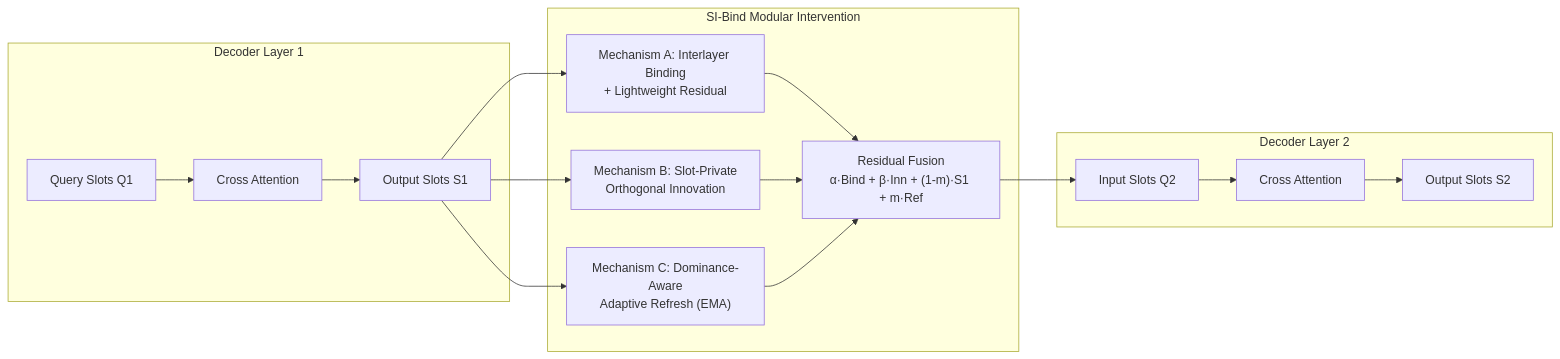
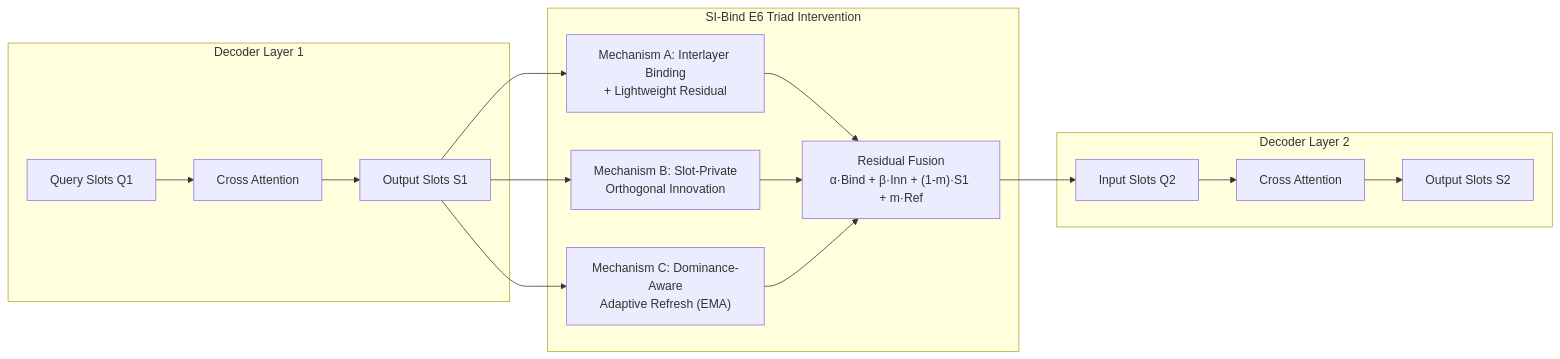
One commit to chinagalaxy2002/Improving-Target-Presence-for-Generalized-Moment-Retrieval changed the diagram in README.md. Above: the diagram before and after it, drawn with Mermaid. The commit also changed other lines of this file and 9 other files, not shown here.

````diff
--- a/README.md
+++ b/README.md
@@ -83,22 +99,22 @@
 ```mermaid
 flowchart LR
     subgraph D1["Decoder Layer 1"]
         Q1["Query Slots Q1"] --> XATTN1["Cross Attention"]
         XATTN1 --> OUT1["Output Slots S1"]
     end
 
-    subgraph SIBIND["SI-Bind Modular Intervention"]
+    subgraph SIBIND["SI-Bind E6 Triad Intervention"]
         OUT1 --> BIND["Mechanism A: Interlayer Binding\n+ Lightweight Residual"]
         OUT1 --> INN["Mechanism B: Slot-Private\nOrthogonal Innovation"]
         OUT1 --> REFR["Mechanism C: Dominance-Aware\nAdaptive Refresh (EMA)"]
         BIND --> FUSE["Residual Fusion\nα·Bind + β·Inn + (1-m)·S1 + m·Ref"]
         INN --> FUSE
         REFR --> FUSE
     end
 
     subgraph D2["Decoder Layer 2"]
         FUSE --> Q2["Input Slots Q2"]
         Q2 --> XATTN2["Cross Attention"]
         XATTN2 --> OUT2["Output Slots S2"]
     end
 ```
````
